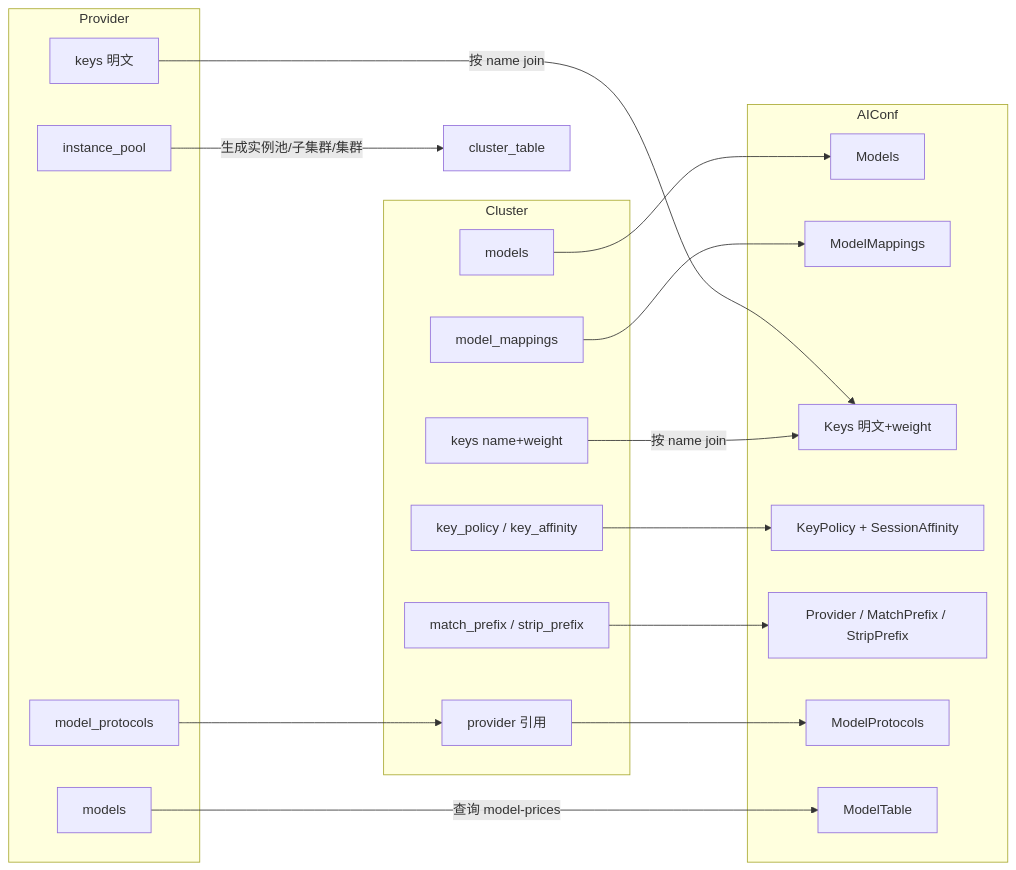
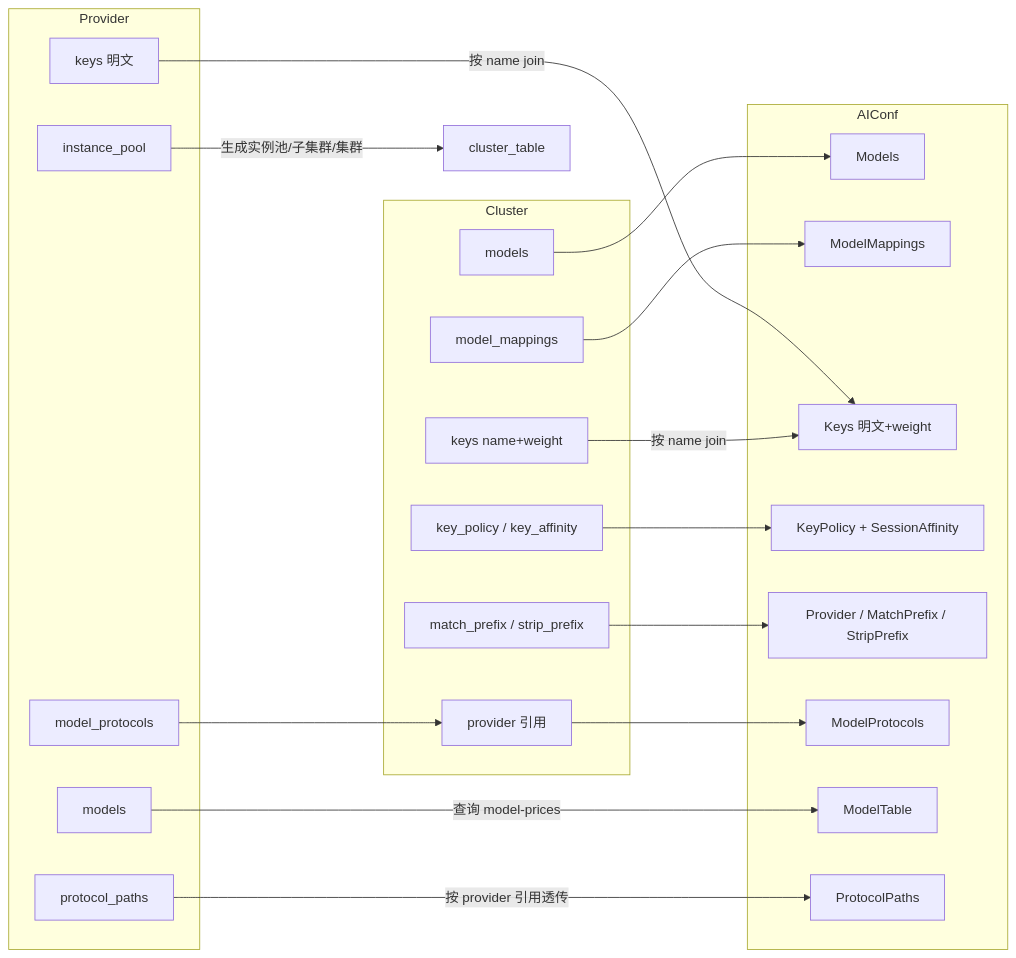
The second of 2 diagrams in design/chapter10-provider-and-cluster.md (mileszhang2016/rainway-book), drawn with Mermaid before and after one commit. The commit also changed other lines of this file and 11 other files, not shown here.

Commit message:
docs: 增加 protocol_paths 协议路径改写章节（中英双语）

````diff
--- a/design/chapter10-provider-and-cluster.md
+++ b/design/chapter10-provider-and-cluster.md
@@ -219,35 +221,38 @@
 ```mermaid
 flowchart LR
     subgraph Provider
         P1[instance_pool]
         P2[keys 明文]
         P3[model_protocols]
         P4[models]
+        P5[protocol_paths]
     end
     subgraph Cluster
         C1[models]
         C2[model_mappings]
         C3[keys name+weight]
         C4[key_policy / key_affinity]
         C5[match_prefix / strip_prefix]
         C6[provider 引用]
     end
     subgraph AIConf
         A1[Models]
         A2[ModelMappings]
         A3[Keys 明文+weight]
         A4[KeyPolicy + SessionAffinity]
         A5[Provider / MatchPrefix / StripPrefix]
         A6[ModelProtocols]
         A7[ModelTable]
+        A8[ProtocolPaths]
     end
     P1 -->|生成实例池/子集群/集群| CT[cluster_table]
     P2 -->|按 name join| A3
     C3 -->|按 name join| A3
     P3 --> C6 --> A6
+    P5 -->|按 provider 引用透传| A8
     C1 --> A1
     C2 --> A2
     C4 --> A4
     C5 --> A5
     P4 -->|查询 model-prices| A7
 ```
````
